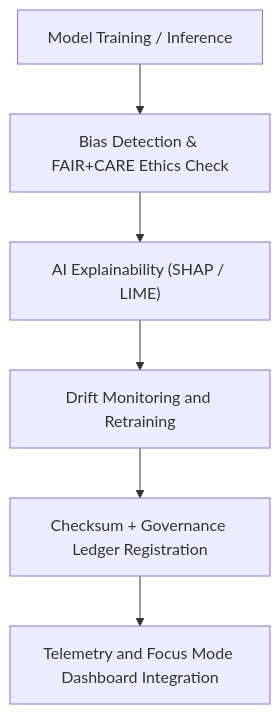
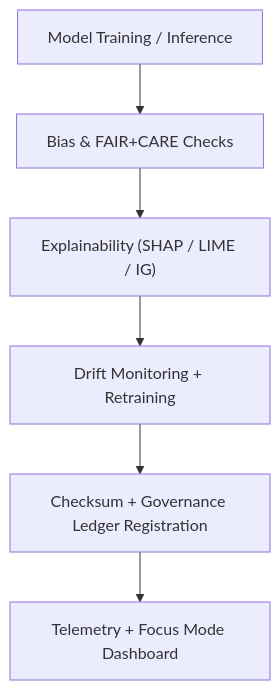
The diagram in src/pipelines/ai/README.md (bartytime4life/Kansas-Frontier-Matrix), drawn with Mermaid before and after one commit. The commit also changed other lines of this file, not shown here.

````diff
--- a/src/pipelines/ai/README.md
+++ b/src/pipelines/ai/README.md
@@ -66,8 +69,8 @@
 ```mermaid
 flowchart TD
-    A["Model Training / Inference"] --> B["Bias Detection & FAIR+CARE Ethics Check"]
-    B --> C["AI Explainability (SHAP / LIME)"]
-    C --> D["Drift Monitoring and Retraining"]
-    D --> E["Checksum + Governance Ledger Registration"]
-    E --> F["Telemetry and Focus Mode Dashboard Integration"]
+A["Model Training / Inference"] --> B["Bias & FAIR+CARE Checks"]
+B --> C["Explainability (SHAP / LIME / IG)"]
+C --> D["Drift Monitoring + Retraining"]
+D --> E["Checksum + Governance Ledger Registration"]
+E --> F["Telemetry + Focus Mode Dashboard"]
 ```
````
